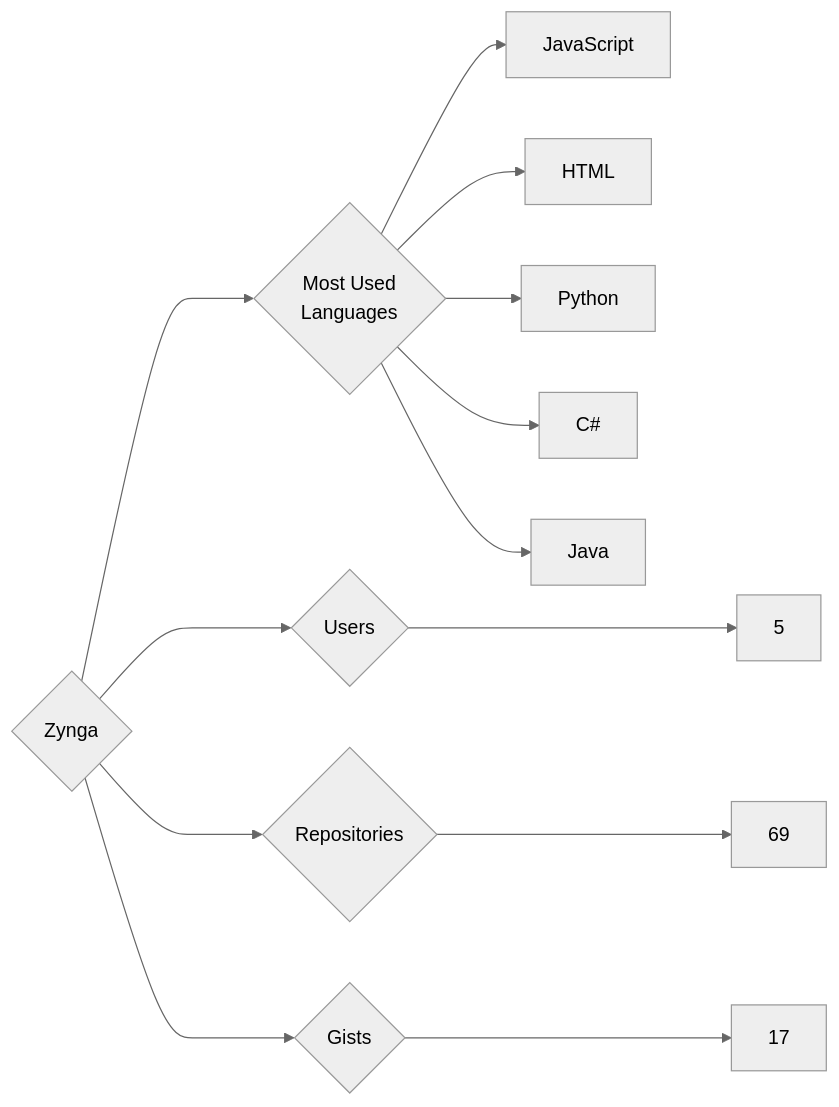
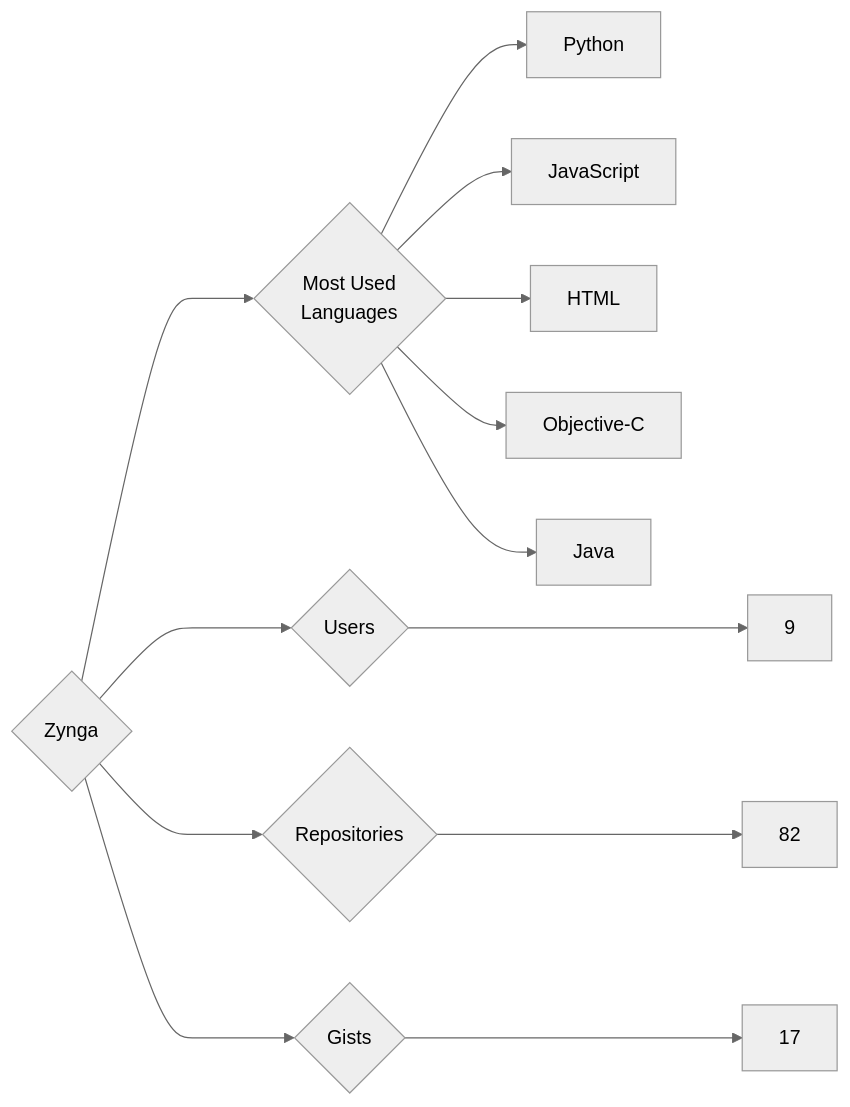
One commit to trickest/insiders changed the diagram in targets/Zynga/README.md. Above: the diagram before and after it, drawn with Mermaid (neutral theme). The commit also changed 815 other files, not shown here.

````diff
--- a/targets/Zynga/README.md
+++ b/targets/Zynga/README.md
@@ -3,13 +3,13 @@
 ```mermaid
 graph LR
 COMPANY_NAME{Zynga}
-COMPANY_NAME ---> U{Users} ---> UN[5]
-COMPANY_NAME ---> R{Repositories} ---> RN[69]
+COMPANY_NAME ---> U{Users} ---> UN[9]
+COMPANY_NAME ---> R{Repositories} ---> RN[82]
 COMPANY_NAME ---> G{Gists} ---> GN[17]
 COMPANY_NAME ---> ML{Most Used<br>Languages}
+ML --> Python[Python]
 ML --> JavaScript[JavaScript]
 ML --> HTML[HTML]
-ML --> Python[Python]
-ML --> C#[C#]
+ML --> Objective-C[Objective-C]
 ML --> Java[Java]
 ```
````
